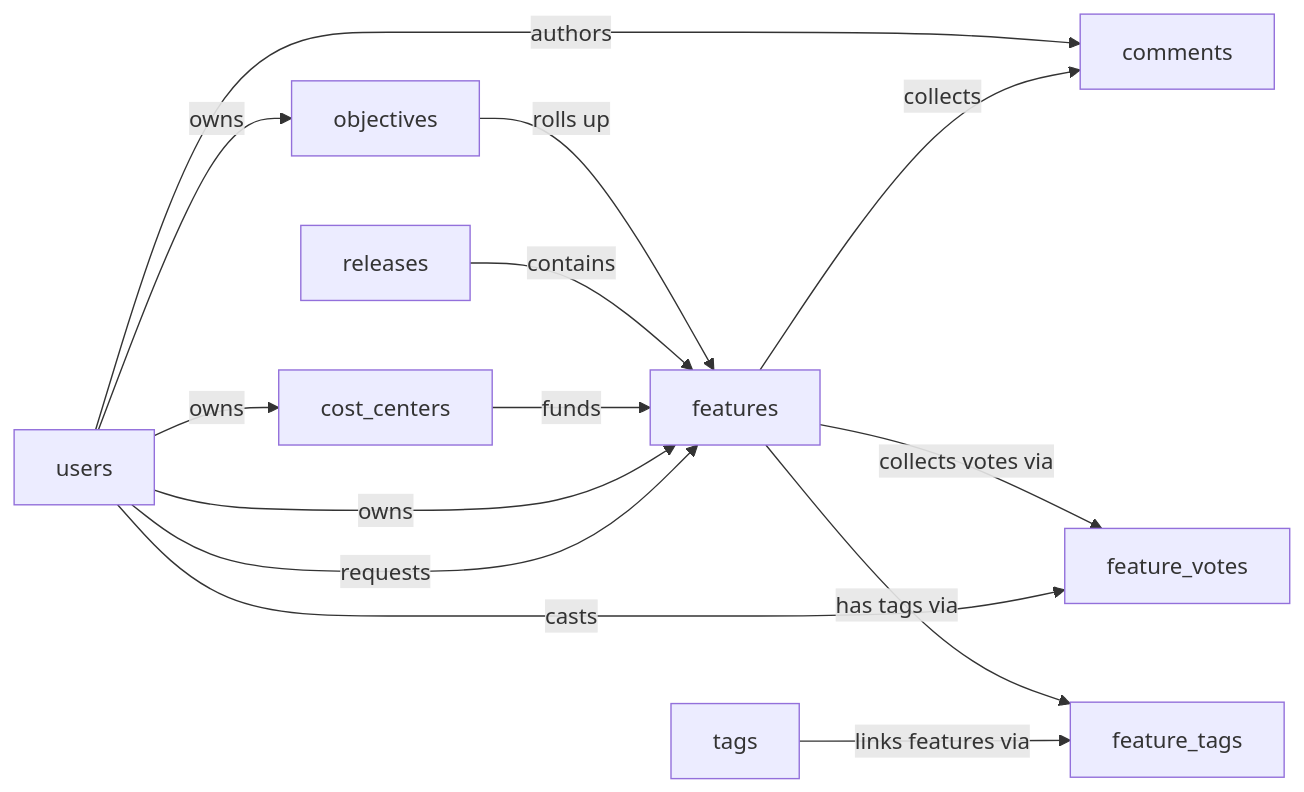
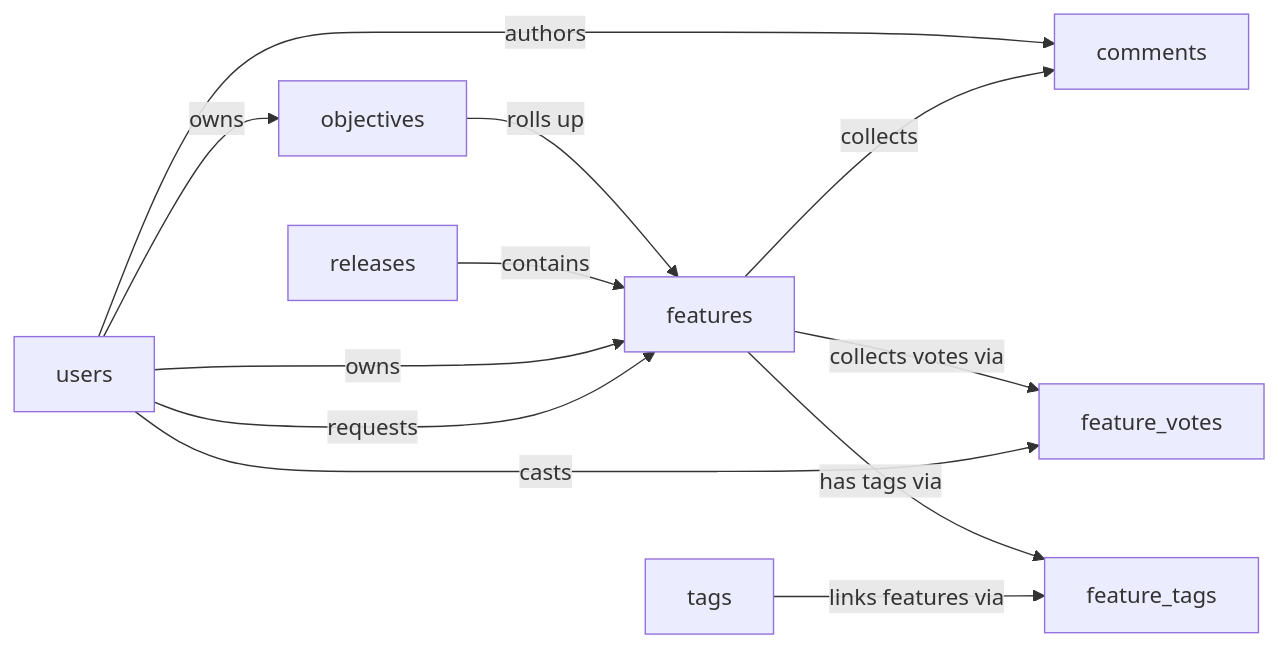
The diagram in models/product_roadmap-semantic-model.md (semantius/semantius), drawn with Mermaid before and after one commit. The commit also changed other lines of this file and 64 other files, not shown here.

````diff
--- a/models/product_roadmap-semantic-model.md
+++ b/models/product_roadmap-semantic-model.md
@@ -51,16 +53,14 @@
 ```mermaid
 flowchart LR
     objectives -->|rolls up| features
     releases -->|contains| features
-    cost_centers -->|funds| features
     users -->|owns| objectives
     users -->|owns| features
     users -->|requests| features
-    users -->|owns| cost_centers
     users -->|authors| comments
     features -->|collects| comments
     features -->|collects votes via| feature_votes
     users -->|casts| feature_votes
     features -->|has tags via| feature_tags
     tags -->|links features via| feature_tags
 ```
````
